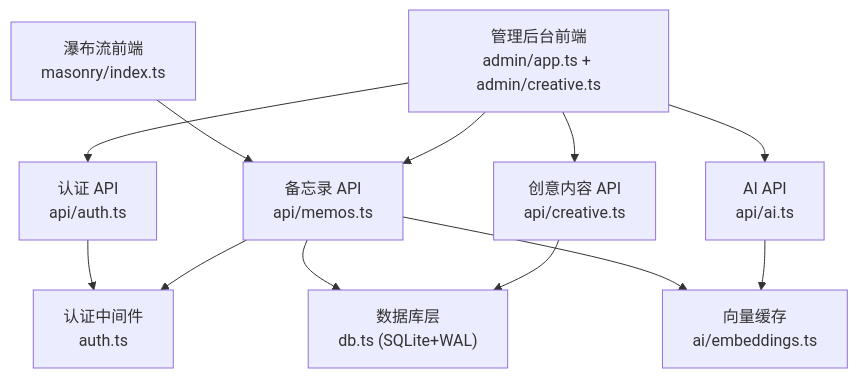
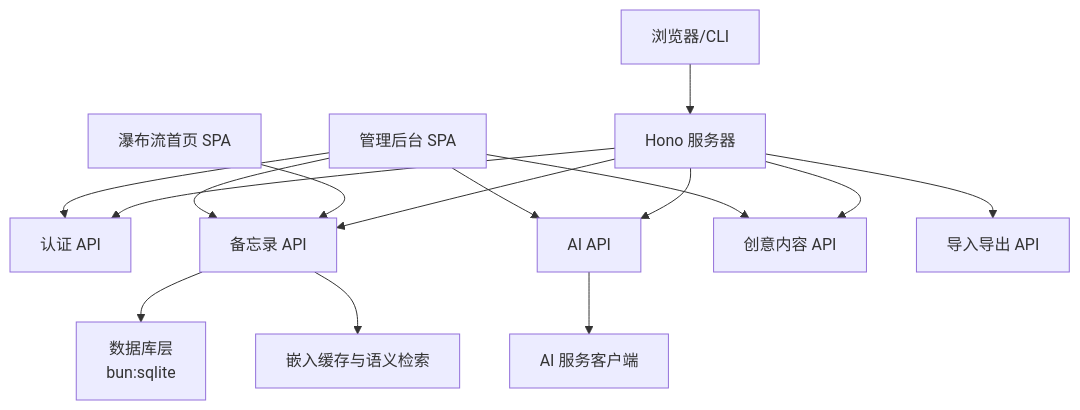
One commit to BlackBoxRecorder/memos changed the second of 9 diagrams in .qoder/repowiki/zh/content/架构设计/架构设计.md. Above: the diagram before and after it, drawn with Mermaid. The commit also changed other lines of this file and 83 other files, not shown here.

````diff
--- a/.qoder/repowiki/zh/content/架构设计/架构设计.md
+++ b/.qoder/repowiki/zh/content/架构设计/架构设计.md
@@ -131,23 +124,17 @@
 ```mermaid
 graph TB
-UI_M["瀑布流前端<br/>masonry/index.ts"]
-UI_Admin["管理后台前端<br/>admin/app.ts + admin/creative.ts"]
-API_Auth["认证 API<br/>api/auth.ts"]
-API_Memos["备忘录 API<br/>api/memos.ts"]
-API_AI["AI API<br/>api/ai.ts"]
-API_Creative["创意内容 API<br/>api/creative.ts"]
-Middleware["认证中间件<br/>auth.ts"]
-DB["数据库层<br/>db.ts (SQLite+WAL)"]
-Embed["向量缓存<br/>ai/embeddings.ts"]
-UI_M --> API_Memos
-UI_Admin --> API_Memos
-UI_Admin --> API_Auth
-UI_Admin --> API_AI
-UI_Admin --> API_Creative
-API_Auth --> Middleware
-API_Memos --> Middleware
-API_Memos --> DB
-API_Memos --> Embed
-API_AI --> Embed
-API_Creative --> DB
+Client["浏览器/CLI"] --> Hono["Hono 服务器"]
+Hono --> AuthAPI["认证 API"]
+Hono --> MemosAPI["备忘录 API"]
+Hono --> AIAPI["AI API"]
+Hono --> CreativeAPI["创意内容 API"]
+Hono --> ExportImportAPI["导入导出 API"]
+MemosAPI --> DBLayer["数据库层<br/>bun:sqlite"]
+MemosAPI --> Embeddings["嵌入缓存与语义检索"]
+AIAPI --> AIService["AI 服务客户端"]
+FrontendM["瀑布流首页 SPA"] --> MemosAPI
+FrontendA["管理后台 SPA"] --> AuthAPI
+FrontendA --> MemosAPI
+FrontendA --> AIAPI
+FrontendA --> CreativeAPI
 ```
````
